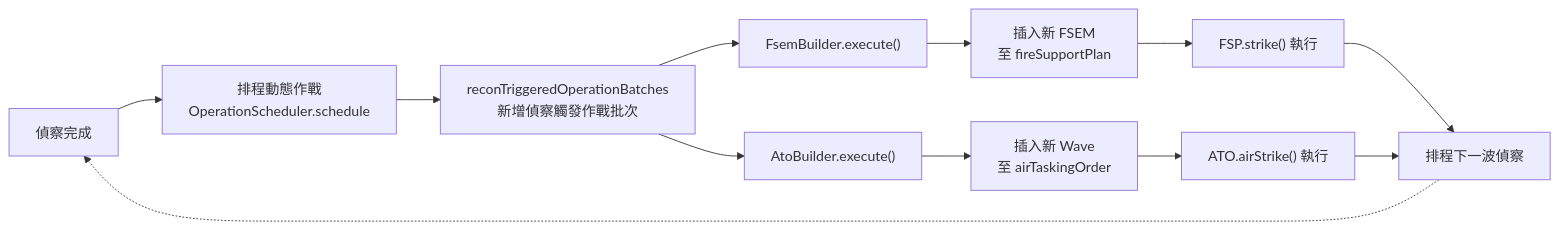
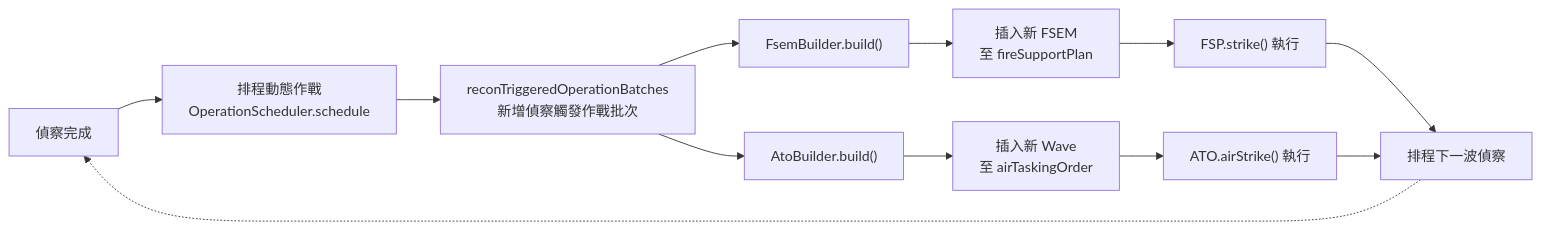
The second of 3 diagrams in docs/strikePlanner/README.md (pullupjumper/formosa-in-flames), drawn with Mermaid before and after one commit. The commit also changed other lines of this file and 93 other files, not shown here.

````diff
--- a/docs/strikePlanner/README.md
+++ b/docs/strikePlanner/README.md
@@ -121,25 +121,25 @@
 ```mermaid
 flowchart LR
     RECON_COMPLETE["偵察完成"]
     SCHED["排程動態作戰<br>OperationScheduler.schedule"]
     RECON_SCHED["reconTriggeredOperationBatches<br>新增偵察觸發作戰批次"]
-    DFSP_EXEC["FsemBuilder.execute()"]
-    DATO_EXEC["AtoBuilder.execute()"]
+    DFSP_EXEC["FsemBuilder.build()"]
+    DATO_EXEC["AtoBuilder.build()"]
     FSP_INSERT["插入新 FSEM<br>至 fireSupportPlan"]
     ATO_INSERT["插入新 Wave<br>至 airTaskingOrder"]
     FSP_EXEC["FSP.strike() 執行"]
     ATO_EXEC["ATO.airStrike() 執行"]
     NEXT_RECON["排程下一波偵察"]
 
     RECON_COMPLETE --> SCHED
     SCHED --> RECON_SCHED
     RECON_SCHED --> DFSP_EXEC
     RECON_SCHED --> DATO_EXEC
     DFSP_EXEC --> FSP_INSERT
     DATO_EXEC --> ATO_INSERT
     FSP_INSERT --> FSP_EXEC
     ATO_INSERT --> ATO_EXEC
     FSP_EXEC --> NEXT_RECON
     ATO_EXEC --> NEXT_RECON
     NEXT_RECON -.-> RECON_COMPLETE
 ```
````
